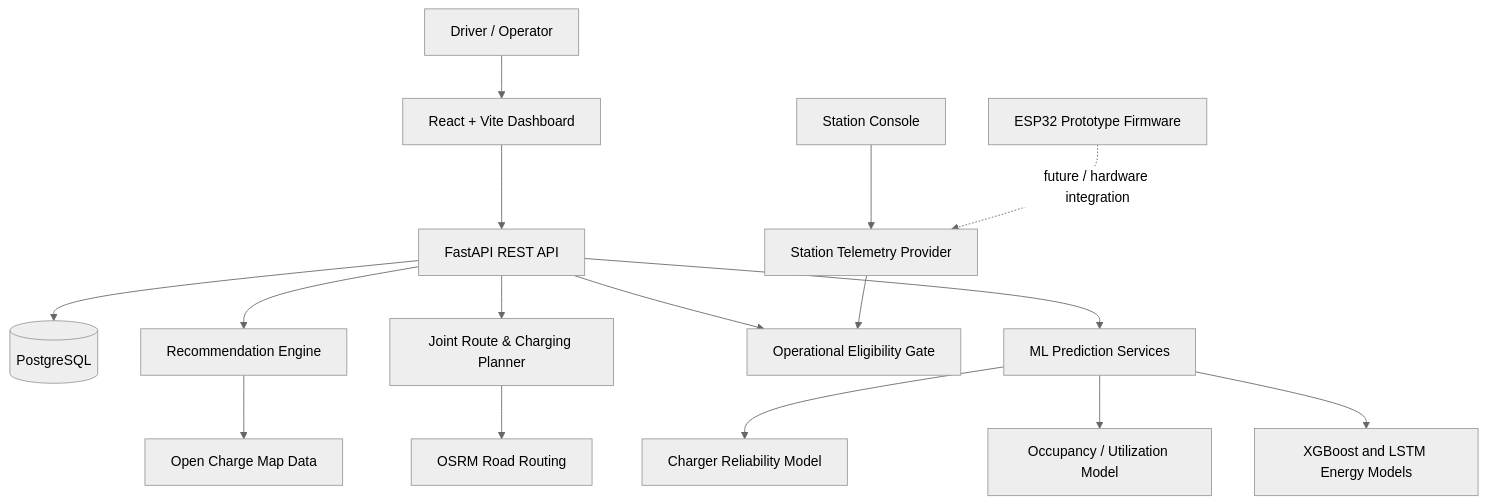
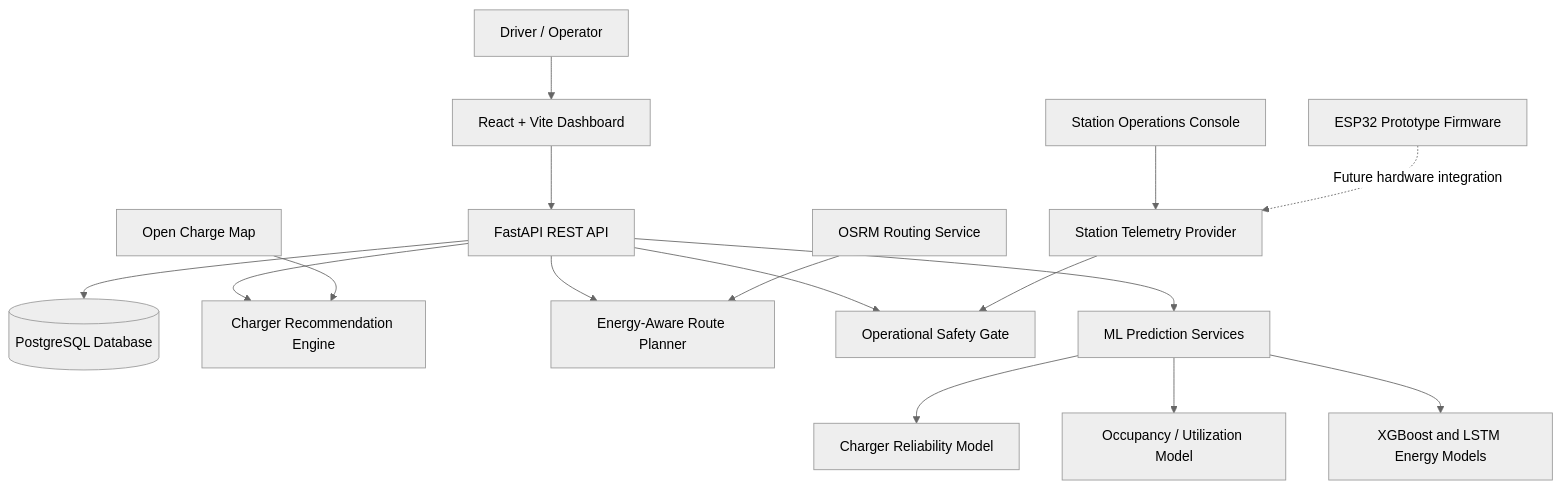
Before and after one commit to Kanishkajha21/Ev_Charge_Infra: the diagram in README.md, drawn with Mermaid (neutral theme). The commit also changed other lines of this file, not shown here.

````diff
--- a/README.md
+++ b/README.md
@@ -41,18 +21,42 @@
 ```mermaid
 flowchart TD
-    Driver[Driver / Operator] --> UI[React + Vite Dashboard]
-    UI --> API[FastAPI REST API]
-    API --> DB[(PostgreSQL)]
-    API --> Reco[Recommendation Engine]
-    API --> Planner[Joint Route & Charging Planner]
-    API --> Safety[Operational Eligibility Gate]
-    API --> ML[ML Prediction Services]
-    Reco --> OCM[Open Charge Map Data]
-    Planner --> OSRM[OSRM Road Routing]
-    ML --> Reliability[Charger Reliability Model]
-    ML --> Occupancy[Occupancy / Utilization Model]
-    ML --> Energy[XGBoost and LSTM Energy Models]
-    Console[Station Console] --> Telemetry[Station Telemetry Provider]
+    Driver["Driver / Operator"]
+    Dashboard["React + Vite Dashboard"]
+    API["FastAPI REST API"]
+    DB[("PostgreSQL Database")]
+
+    Reco["Charger Recommendation Engine"]
+    Planner["Energy-Aware Route Planner"]
+    Safety["Operational Safety Gate"]
+    ML["ML Prediction Services"]
+
+    OCM["Open Charge Map"]
+    OSRM["OSRM Routing Service"]
+
+    Reliability["Charger Reliability Model"]
+    Occupancy["Occupancy / Utilization Model"]
+    Energy["XGBoost and LSTM Energy Models"]
+
+    Console["Station Operations Console"]
+    Telemetry["Station Telemetry Provider"]
+    ESP32["ESP32 Prototype Firmware"]
+
+    Driver --> Dashboard
+    Dashboard --> API
+    API --> DB
+    API --> Reco
+    API --> Planner
+    API --> Safety
+    API --> ML
+
+    OCM --> Reco
+    OSRM --> Planner
+
+    ML --> Reliability
+    ML --> Occupancy
+    ML --> Energy
+
+    Console --> Telemetry
     Telemetry --> Safety
-    Firmware[ESP32 Prototype Firmware] -. future / hardware integration .-> Telemetry
+    ESP32 -. "Future hardware integration" .-> Telemetry
 ```
````
